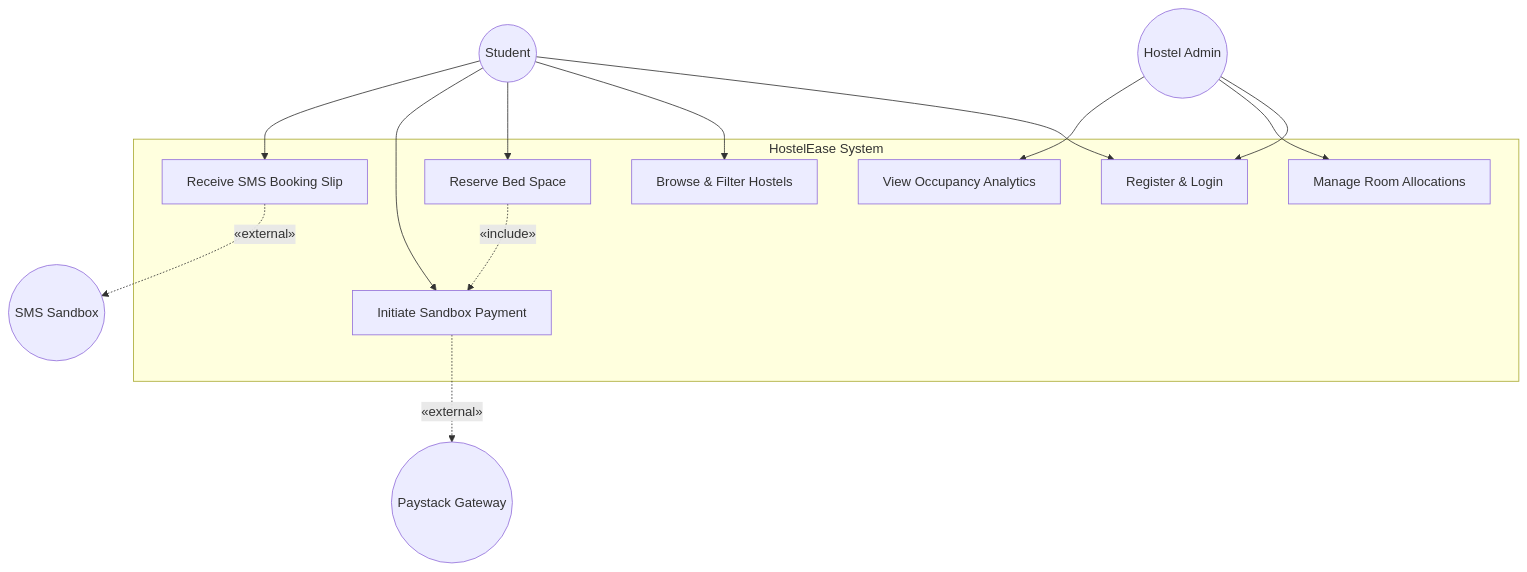
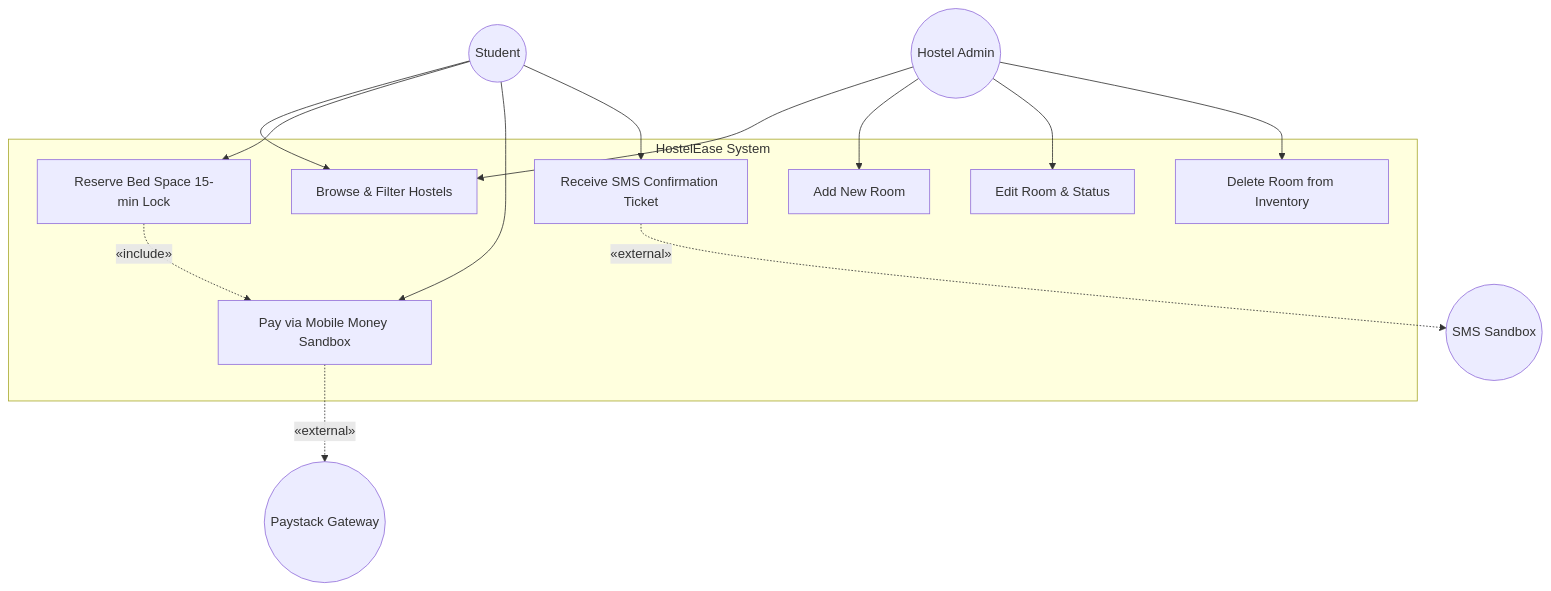
The first of 3 diagrams in docs/UML_DIAGRAMS.md (RichardAmoakoKorang11a/HostelEase), drawn with Mermaid before and after one commit. The commit also changed other lines of this file and 10 other files, not shown here.

Commit message:
Sandra Otu & Ibrahim Mohammed: Add complete suite of 7 visual UML and architectural SVG drawings and interactive diagrams viewer (Unit 4 & 5)

````diff
--- a/docs/UML_DIAGRAMS.md
+++ b/docs/UML_DIAGRAMS.md
@@ -9,31 +22,31 @@
 ```mermaid
 flowchart TD
     Student((Student))
     Admin((Hostel Admin))
     PaymentGW((Paystack Gateway))
     SMSGateway((SMS Sandbox))
 
     subgraph HostelEase System
-        UC1[Register & Login]
-        UC2[Browse & Filter Hostels]
-        UC3[Reserve Bed Space]
-        UC4[Initiate Sandbox Payment]
-        UC5[Receive SMS Booking Slip]
-        UC6[Manage Room Allocations]
-        UC7[View Occupancy Analytics]
+        UC1[Browse & Filter Hostels]
+        UC2[Reserve Bed Space 15-min Lock]
+        UC3[Pay via Mobile Money Sandbox]
+        UC4[Receive SMS Confirmation Ticket]
+        UC5[Add New Room]
+        UC6[Edit Room & Status]
+        UC7[Delete Room from Inventory]
     end
 
     Student --> UC1
     Student --> UC2
     Student --> UC3
     Student --> UC4
-    Student --> UC5
 
     Admin --> UC1
+    Admin --> UC5
     Admin --> UC6
     Admin --> UC7
 
-    UC4 -.->|«external»| PaymentGW
-    UC5 -.->|«external»| SMSGateway
-    UC3 -.->|«include»| UC4
+    UC3 -.->|«external»| PaymentGW
+    UC4 -.->|«external»| SMSGateway
+    UC2 -.->|«include»| UC3
 ```
````
